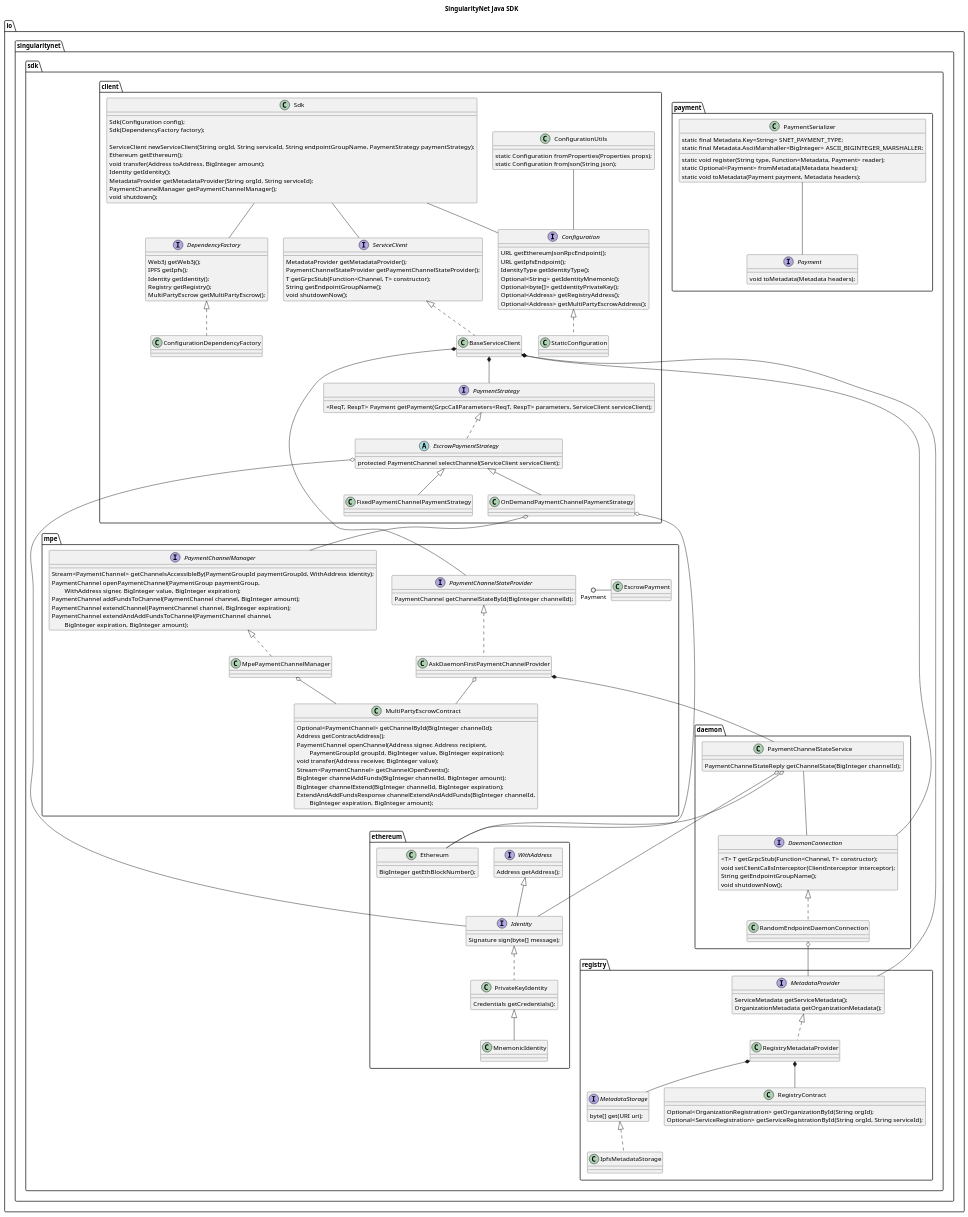
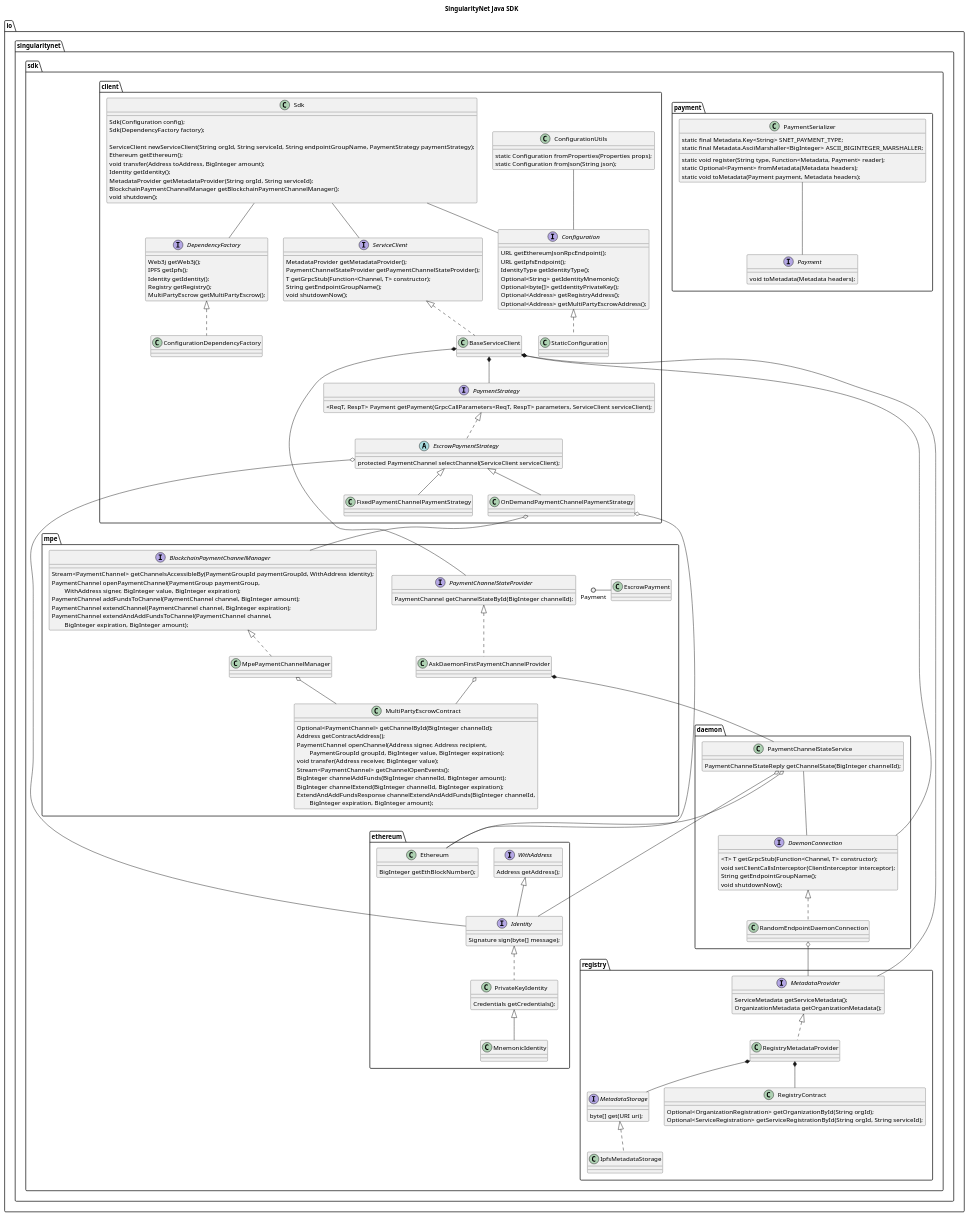
Before and after one commit to singnet/snet-sdk-java: the diagram in docs/class-diagram.plantuml, drawn with PlantUML. The commit also changed 6 other files, not shown here.

Commit message:
Rename PaymentChannelManager to BlockchainPaymentChannelManager

```diff
--- a/docs/class-diagram.plantuml
+++ b/docs/class-diagram.plantuml
@@ -117,7 +117,7 @@
     class EscrowPayment
     Payment ()- EscrowPayment
 
-    interface PaymentChannelManager {
+    interface BlockchainPaymentChannelManager {
         Stream<PaymentChannel> getChannelsAccessibleBy(PaymentGroupId paymentGroupId, WithAddress identity);
         PaymentChannel openPaymentChannel(PaymentGroup paymentGroup,\n\tWithAddress signer, BigInteger value, BigInteger expiration);
         PaymentChannel addFundsToChannel(PaymentChannel channel, BigInteger amount);
@@ -126,7 +126,7 @@
     }
 
     class MpePaymentChannelManager
-    PaymentChannelManager <|.. MpePaymentChannelManager
+    BlockchainPaymentChannelManager <|.. MpePaymentChannelManager
     MpePaymentChannelManager o-- MultiPartyEscrowContract
 
 }
@@ -180,7 +180,7 @@
     class OnDemandPaymentChannelPaymentStrategy
     EscrowPaymentStrategy <|-- OnDemandPaymentChannelPaymentStrategy
     OnDemandPaymentChannelPaymentStrategy o-- Ethereum
-    OnDemandPaymentChannelPaymentStrategy o-- PaymentChannelManager
+    OnDemandPaymentChannelPaymentStrategy o-- BlockchainPaymentChannelManager
 
     class Sdk {
         Sdk(Configuration config);
@@ -191,7 +191,7 @@
         void transfer(Address toAddress, BigInteger amount);
         Identity getIdentity();
         MetadataProvider getMetadataProvider(String orgId, String serviceId);
-        PaymentChannelManager getPaymentChannelManager();
+        BlockchainPaymentChannelManager getBlockchainPaymentChannelManager();
         void shutdown();
     }
     Sdk -- Configuration
```
